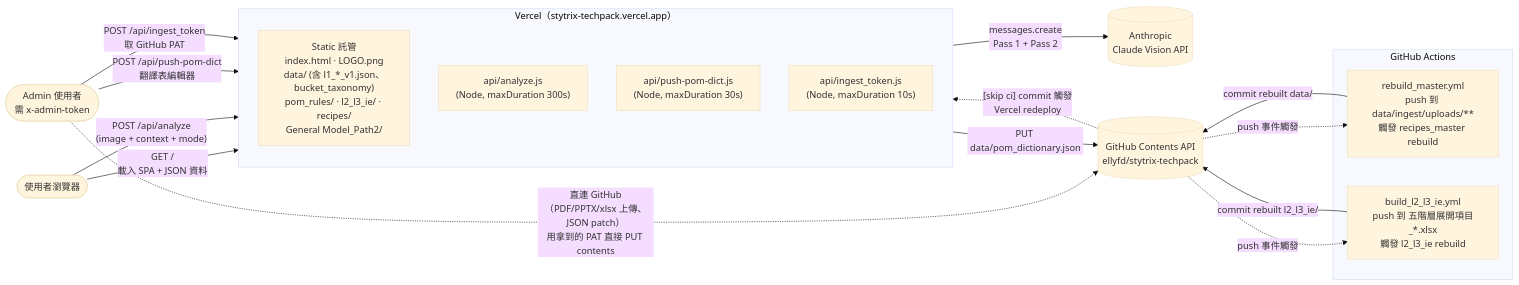
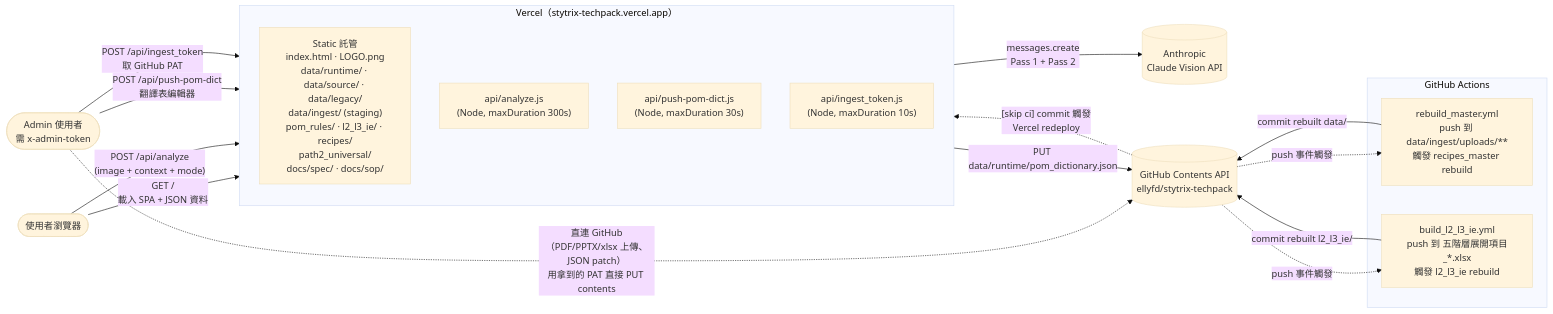
Before and after one commit to ellyfd/stytrix-techpack: the first of 4 diagrams in docs/spec/網站架構圖.md, drawn with Mermaid (base theme). The commit also changed other lines of this file and 4 other files, not shown here.

````diff
--- a/docs/spec/網站架構圖.md
+++ b/docs/spec/網站架構圖.md
@@ -10,37 +10,37 @@
 ```mermaid
 flowchart LR
   U([使用者瀏覽器])
   Admin([Admin 使用者<br/>需 x-admin-token])
 
   subgraph Vercel["Vercel（stytrix-techpack.vercel.app）"]
     direction TB
-    SS["Static 託管<br/>index.html · LOGO.png<br/>data/ (含 l1_*_v1.json、bucket_taxonomy)<br/>pom_rules/ · l2_l3_ie/ · recipes/<br/>General Model_Path2/"]
+    SS["Static 託管<br/>index.html · LOGO.png<br/>data/runtime/ · data/source/ · data/legacy/<br/>data/ingest/ (staging)<br/>pom_rules/ · l2_l3_ie/ · recipes/<br/>path2_universal/<br/>docs/spec/ · docs/sop/"]
     F1["api/analyze.js<br/>(Node, maxDuration 300s)"]
     F2["api/push-pom-dict.js<br/>(Node, maxDuration 30s)"]
     F3["api/ingest_token.js<br/>(Node, maxDuration 10s)"]
   end
 
   CV[(Anthropic<br/>Claude Vision API)]
   GH[(GitHub Contents API<br/>ellyfd/stytrix-techpack)]
 
   subgraph Actions["GitHub Actions"]
     A1["rebuild_master.yml<br/>push 到 data/ingest/uploads/**<br/>觸發 recipes_master rebuild"]
     A2["build_l2_l3_ie.yml<br/>push 到 五階層展開項目_*.xlsx<br/>觸發 l2_l3_ie rebuild"]
   end
 
   U -- "GET /<br/>載入 SPA + JSON 資料" --> SS
   U -- "POST /api/analyze<br/>(image + context + mode)" --> F1
 
   Admin -- "POST /api/push-pom-dict<br/>翻譯表編輯器" --> F2
   Admin -- "POST /api/ingest_token<br/>取 GitHub PAT" --> F3
   Admin -. "直連 GitHub（PDF/PPTX/xlsx 上傳、JSON patch）<br/>用拿到的 PAT 直接 PUT contents" .-> GH
 
   F1 -- "messages.create<br/>Pass 1 + Pass 2" --> CV
-  F2 -- "PUT data/pom_dictionary.json" --> GH
+  F2 -- "PUT data/runtime/pom_dictionary.json" --> GH
 
   GH -. "push 事件觸發" .-> A1
   GH -. "push 事件觸發" .-> A2
   A1 -- "commit rebuilt data/" --> GH
   A2 -- "commit rebuilt l2_l3_ie/" --> GH
   GH -. "[skip ci] commit 觸發<br/>Vercel redeploy" .-> Vercel
 ```
````
